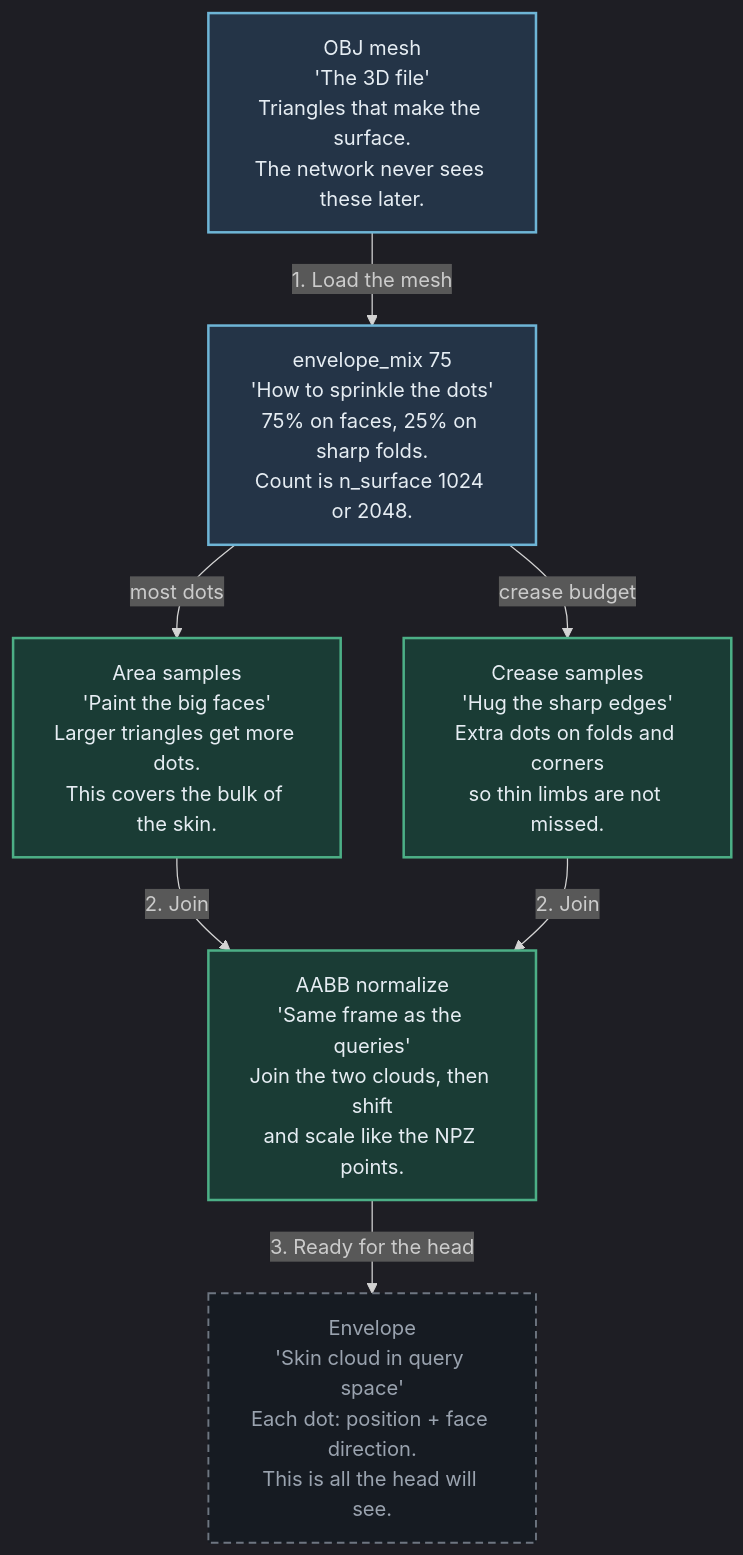
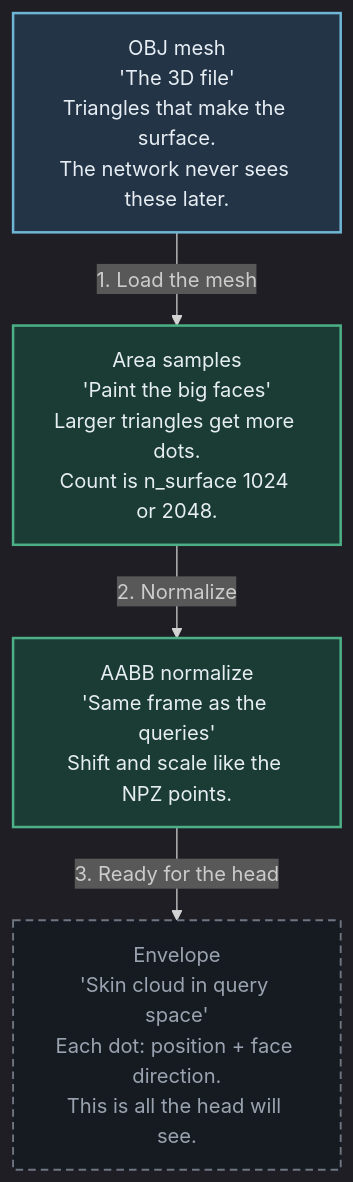
One commit to PerryGu/scatteringNet changed the second of 2 diagrams in README.md. Above: the diagram before and after it, drawn with Mermaid. The commit also changed other lines of this file and 47 other files, not shown here.

First line of the commit message:
Optimize envelope generation: drop crease sampling and add area-only training

````diff
--- a/README.md
+++ b/README.md
@@ -294,26 +308,19 @@
 ```mermaid
 %%{init: {"theme": "dark", "flowchart": {"htmlLabels": true, "curve": "basis"}}}%%
 flowchart TD
     OBJ["OBJ mesh<br/>'The 3D file'<br/>Triangles that make the surface.<br/>The network never sees these later."]
-    MIX["envelope_mix 75<br/>'How to sprinkle the dots'<br/>75% on faces, 25% on sharp folds.<br/>Count is n_surface 1024 or 2048."]
-    AREA["Area samples<br/>'Paint the big faces'<br/>Larger triangles get more dots.<br/>This covers the bulk of the skin."]
-    CREASE["Crease samples<br/>'Hug the sharp edges'<br/>Extra dots on folds and corners<br/>so thin limbs are not missed."]
-    AABB["AABB normalize<br/>'Same frame as the queries'<br/>Join the two clouds, then shift<br/>and scale like the NPZ points."]
+    AREA["Area samples<br/>'Paint the big faces'<br/>Larger triangles get more dots.<br/>Count is n_surface 1024 or 2048."]
+    AABB["AABB normalize<br/>'Same frame as the queries'<br/>Shift and scale like the NPZ points."]
     ENV["Envelope<br/>'Skin cloud in query space'<br/>Each dot: position + face direction.<br/>This is all the head will see."]
 
-    OBJ -->|"1. Load the mesh"| MIX
-    MIX -->|"most dots"| AREA
-    MIX -->|"crease budget"| CREASE
-    AREA -->|"2. Join"| AABB
-    CREASE -->|"2. Join"| AABB
+    OBJ -->|"1. Load the mesh"| AREA
+    AREA -->|"2. Normalize"| AABB
     AABB -->|"3. Ready for the head"| ENV
 
     classDef setup fill:#243447,stroke:#6eb5d6,stroke-width:2px,color:#e6edf3
-    classDef hub fill:#243447,stroke:#6eb5d6,stroke-width:2px,color:#e6edf3
     classDef proc fill:#1a3c35,stroke:#4caf86,stroke-width:2px,color:#e6edf3
     classDef out fill:#161b22,stroke:#6e7681,stroke-width:1.5px,stroke-dasharray:6 4,color:#9aa3af
     class OBJ setup
-    class MIX hub
-    class AREA,CREASE,AABB proc
+    class AREA,AABB proc
     class ENV out
 ```
````
